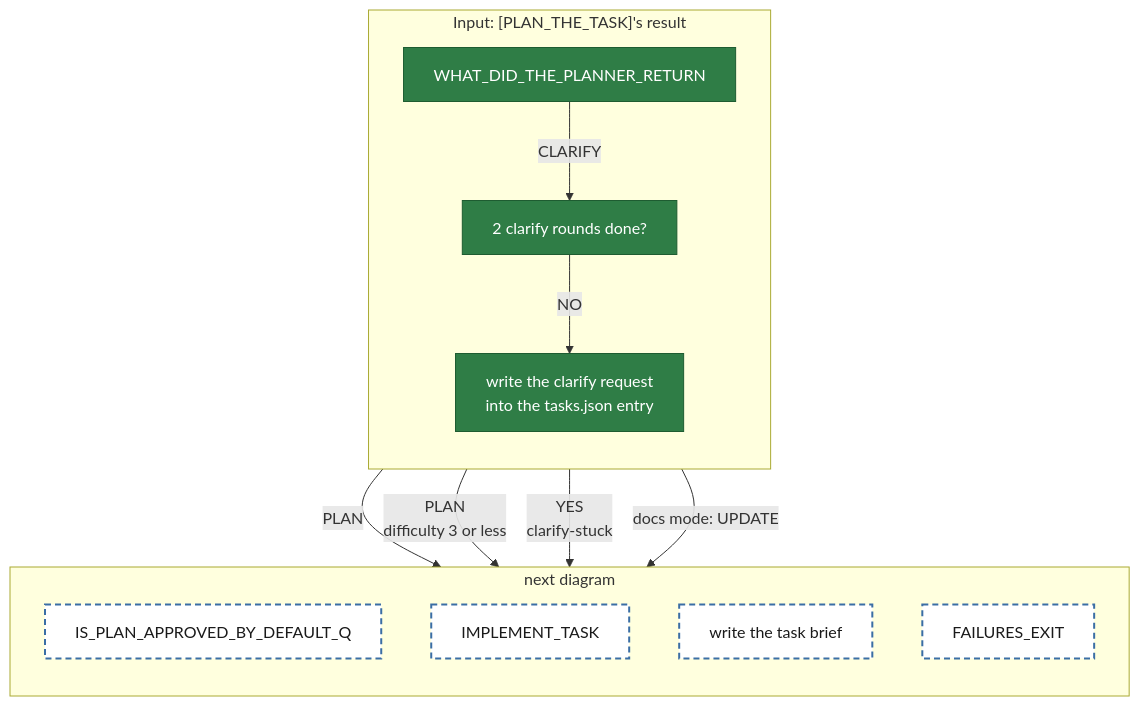
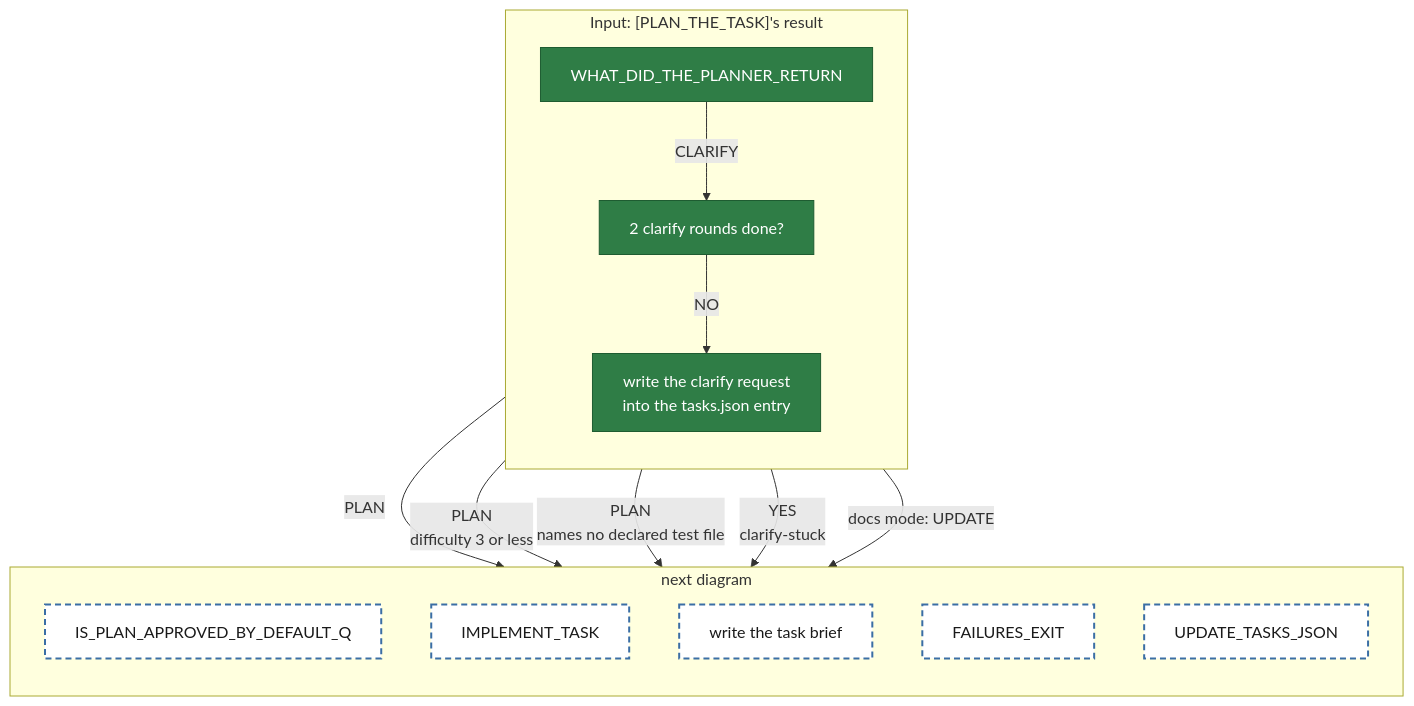
Before and after one commit to matkatmusic/taskTools: the diagram in diagrams/tackle-tasks/pipeline-whatDidThePlannerReturn.mmd, drawn with Mermaid. The commit also changed 24 other files, not shown here.

First line of the commit message:
feat: enhance task management and workflow generation

```diff
--- a/diagrams/tackle-tasks/pipeline-whatDidThePlannerReturn.mmd
+++ b/diagrams/tackle-tasks/pipeline-whatDidThePlannerReturn.mmd
@@ -1,32 +1,34 @@
 flowchart TB
 %% One agent() call. /run-step starts at WHAT_DID_THE_PLANNER_RETURN. Every path ends at an orange block or a dashed block.
 
   subgraph whatDidThePlannerReturn ["Input: [PLAN_THE_TASK]'s result"]
     direction TB
     WHAT_DID_THE_PLANNER_RETURN["WHAT_DID_THE_PLANNER_RETURN"]
     ARE_2_CLARIFY_ROUNDS_DONE_Q["2 clarify rounds done?"]
     WRITE_CLARIFY_REQUEST["write the clarify request<br/>into the tasks.json entry"]
   end
   subgraph whatDidThePlannerReturnNext ["next diagram"]
     direction TB
     IS_PLAN_APPROVED_BY_DEFAULT_Q["IS_PLAN_APPROVED_BY_DEFAULT_Q"]
     IMPLEMENT_TASK["IMPLEMENT_TASK"]
     DOCUMENT_GENERATION["write the task brief"]
     FAILURES_EXIT["FAILURES_EXIT"]
+    UPDATE_TASKS_JSON["UPDATE_TASKS_JSON"]
   end
   whatDidThePlannerReturn ~~~ whatDidThePlannerReturnNext
 
   WHAT_DID_THE_PLANNER_RETURN -- "PLAN" --> IS_PLAN_APPROVED_BY_DEFAULT_Q
   WHAT_DID_THE_PLANNER_RETURN -- "PLAN<br/>difficulty 3 or less" --> IMPLEMENT_TASK
+  WHAT_DID_THE_PLANNER_RETURN -- "PLAN<br/>names no declared test file" --> UPDATE_TASKS_JSON
   WHAT_DID_THE_PLANNER_RETURN -- "CLARIFY" --> ARE_2_CLARIFY_ROUNDS_DONE_Q
   ARE_2_CLARIFY_ROUNDS_DONE_Q -- "NO" --> WRITE_CLARIFY_REQUEST
   ARE_2_CLARIFY_ROUNDS_DONE_Q -- "YES<br/>clarify-stuck" --> FAILURES_EXIT
   WRITE_CLARIFY_REQUEST -- "docs mode: UPDATE" --> DOCUMENT_GENERATION
 
   classDef script fill:#2f7d46,stroke:#1e5c31,color:#ffffff
   classDef returns_a_prompt fill:#e07b39,stroke:#a8541f,color:#1a1a1a
   classDef fail fill:red,stroke:#254a70,color:#ffffff
   classDef output fill:#3b6ea5,stroke:#254a70,color:#ffffff
   classDef next_diagram fill:#ffffff,stroke:#3b6ea5,stroke-width:2px,stroke-dasharray:6 4,color:#1a1a1a
   class WHAT_DID_THE_PLANNER_RETURN,ARE_2_CLARIFY_ROUNDS_DONE_Q,WRITE_CLARIFY_REQUEST script
-  class IS_PLAN_APPROVED_BY_DEFAULT_Q,IMPLEMENT_TASK,DOCUMENT_GENERATION,FAILURES_EXIT next_diagram
+  class IS_PLAN_APPROVED_BY_DEFAULT_Q,IMPLEMENT_TASK,DOCUMENT_GENERATION,FAILURES_EXIT,UPDATE_TASKS_JSON next_diagram
```
